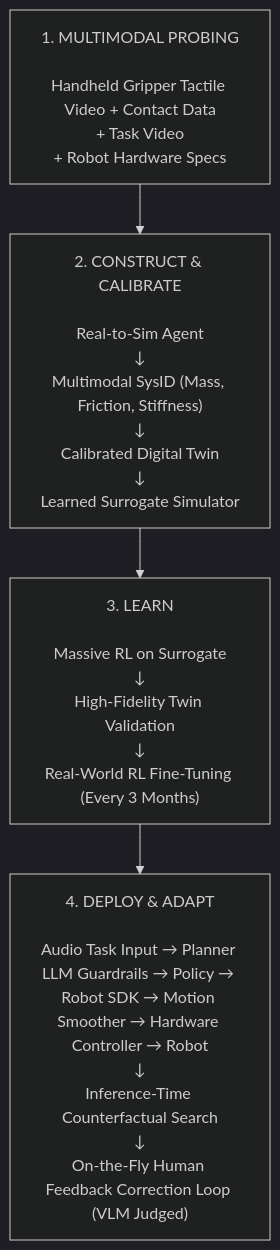
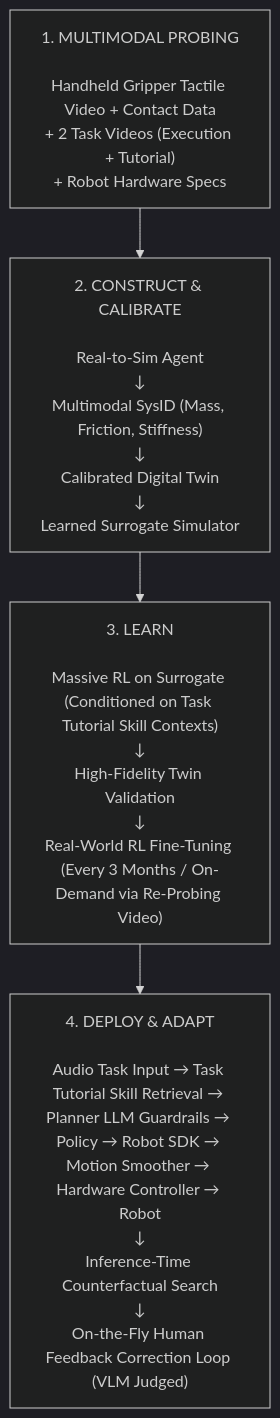
Before and after one commit to Freelunch-AI/freelunch-ide: diagram 11 of 11 in docs/specs/post-demo/lunch_robotics.md, drawn with Mermaid (dark theme). The commit also changed other lines of this file, not shown here.

First line of the commit message:
Revise task demonstration dataset requirements

````diff
--- a/docs/specs/post-demo/lunch_robotics.md
+++ b/docs/specs/post-demo/lunch_robotics.md
@@ -506,10 +510,10 @@
 ```mermaid
 flowchart TD
-    A["1. MULTIMODAL PROBING<br/><br/>Handheld Gripper Tactile Video + Contact Data<br/>+ Task Video<br/>+ Robot Hardware Specs"]
+    A["1. MULTIMODAL PROBING<br/><br/>Handheld Gripper Tactile Video + Contact Data<br/>+ 2 Task Videos (Execution + Tutorial)<br/>+ Robot Hardware Specs"]
 
     A --> B["2. CONSTRUCT & CALIBRATE<br/><br/>Real-to-Sim Agent<br/>↓<br/>Multimodal SysID (Mass, Friction, Stiffness)<br/>↓<br/>Calibrated Digital Twin<br/>↓<br/>Learned Surrogate Simulator"]
 
-    B --> C["3. LEARN<br/><br/>Massive RL on Surrogate<br/>↓<br/>High-Fidelity Twin Validation<br/>↓<br/>Real-World RL Fine-Tuning (Every 3 Months)"]
+    B --> C["3. LEARN<br/><br/>Massive RL on Surrogate (Conditioned on Task Tutorial Skill Contexts)<br/>↓<br/>High-Fidelity Twin Validation<br/>↓<br/>Real-World RL Fine-Tuning (Every 3 Months / On-Demand via Re-Probing Video)"]
 
-    C --> D["4. DEPLOY & ADAPT<br/><br/>Audio Task Input → Planner LLM Guardrails → Policy → Robot SDK → Motion Smoother → Hardware Controller → Robot<br/>↓<br/>Inference-Time Counterfactual Search<br/>↓<br/>On-the-Fly Human Feedback Correction Loop (VLM Judged)"]
+    C --> D["4. DEPLOY & ADAPT<br/><br/>Audio Task Input → Task Tutorial Skill Retrieval → Planner LLM Guardrails → Policy → Robot SDK → Motion Smoother → Hardware Controller → Robot<br/>↓<br/>Inference-Time Counterfactual Search<br/>↓<br/>On-the-Fly Human Feedback Correction Loop (VLM Judged)"]
 ```
````
